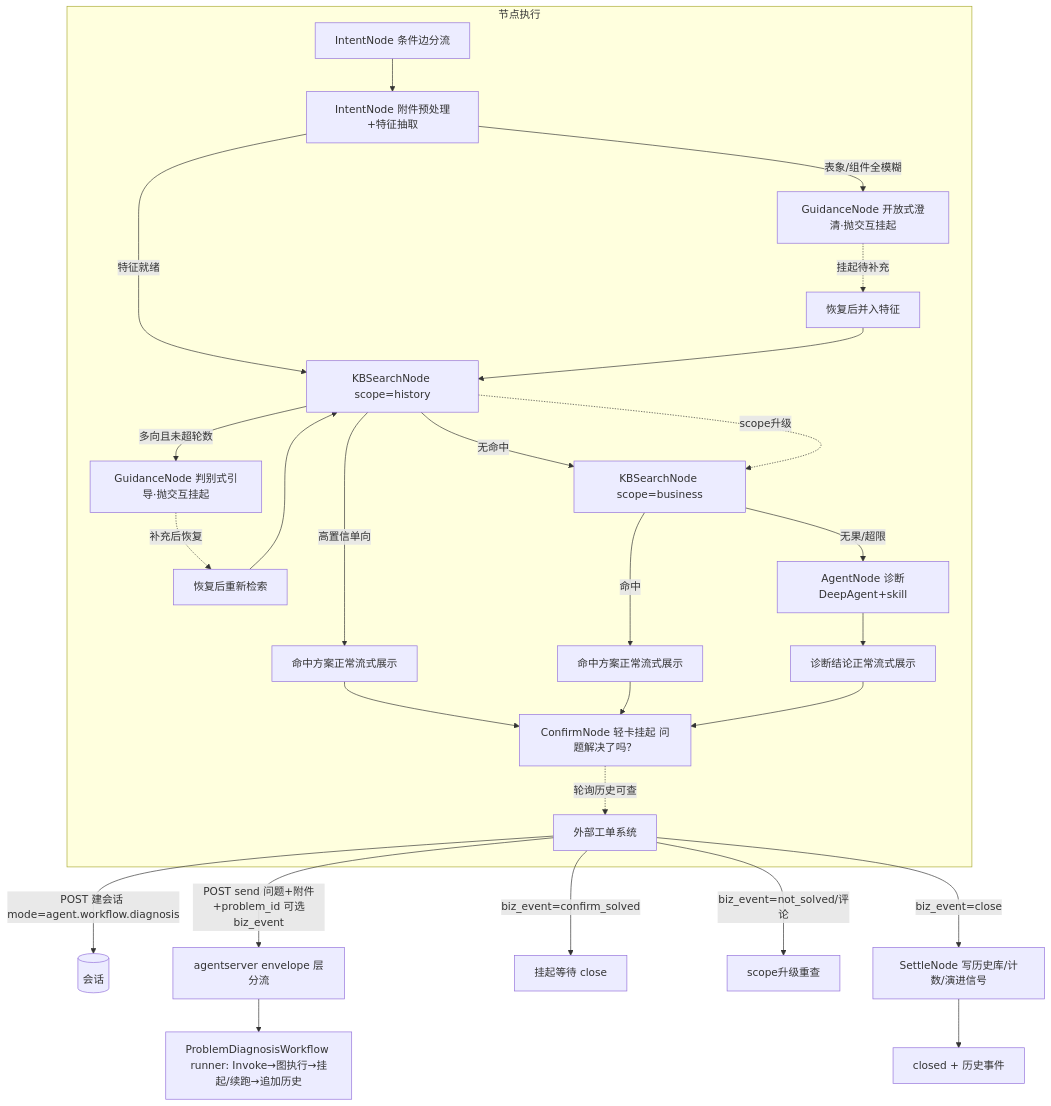
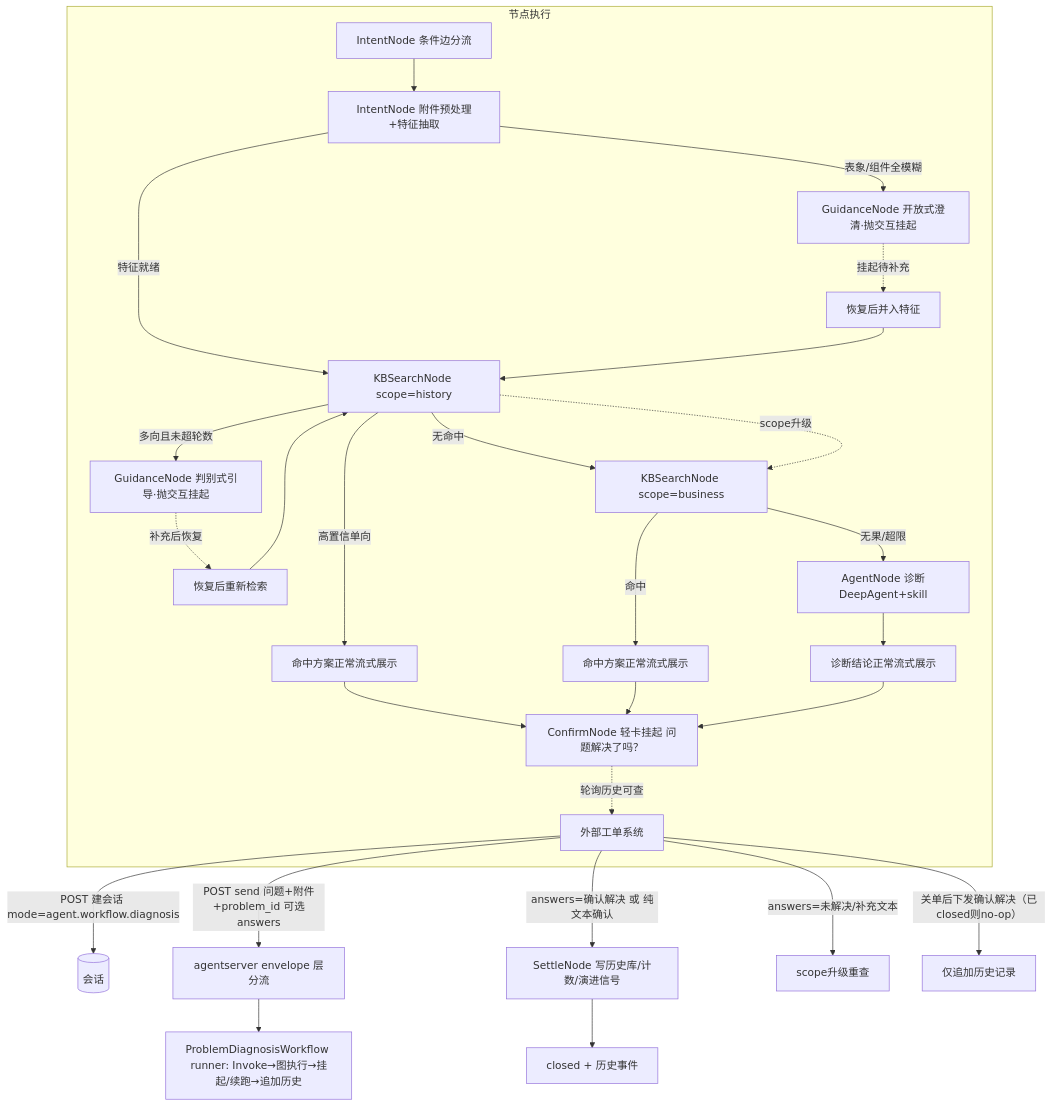
Before and after one commit to CrazyLichen/uapclaw-go: the diagram in docs/superpowers/specs/2026-11-26-ticket-workflow-design.md, drawn with Mermaid. The commit also changed other lines of this file, not shown here.

Commit message:
docs(spec): biz_event 整体删除——关闭终态改用户确认驱动（确认即沉淀无 close 等待态），工单系统仅消费历史+晚到确认下发走同一 answers 通道

````diff
--- a/docs/superpowers/specs/2026-11-26-ticket-workflow-design.md
+++ b/docs/superpowers/specs/2026-11-26-ticket-workflow-design.md
@@ -176,30 +176,30 @@
 ```mermaid
 flowchart TD
     EXT[外部工单系统] -->|POST 建会话 mode=agent.workflow.diagnosis| SES[(会话)]
-    EXT -->|POST send 问题+附件+problem_id 可选biz_event| AS[agentserver envelope 层分流]
+    EXT -->|POST send 问题+附件+problem_id 可选answers| AS[agentserver envelope 层分流]
     AS --> WF[ProblemDiagnosisWorkflow runner: Invoke→图执行→挂起/续跑→追加历史]
 
     subgraph 节点执行
         R[IntentNode 条件边分流] --> I[IntentNode 附件预处理+特征抽取]
         I -->|表象/组件全模糊| G1[GuidanceNode 开放式澄清·抛交互挂起]
         I -->|特征就绪| K[KBSearchNode scope=history]
         G1 -.挂起待补充.-> G1R[恢复后并入特征]
         G1R --> K
         K -->|高置信单向| WC1[命中方案正常流式展示]
         K -->|多向且未超轮数| G2[GuidanceNode 判别式引导·抛交互挂起]
         G2 -.补充后恢复.-> G2R[恢复后重新检索]
         G2R --> K
         K -->|无命中| K2[KBSearchNode scope=business]
         K -.scope升级.-> K2
         K2 -->|命中| WC2[命中方案正常流式展示]
         K2 -->|无果/超限| A[AgentNode 诊断DeepAgent+skill]
         A --> WC3[诊断结论正常流式展示]
         WC1 & WC2 & WC3 --> C[ConfirmNode 轻卡挂起 问题解决了吗？]
         C -.轮询历史可查.-> EXT
     end
 
-    EXT -->|biz_event=confirm_solved| PEND[挂起等待 close]
-    EXT -->|biz_event=not_solved/评论| UP[scope升级重查]
-    EXT -->|biz_event=close| S[SettleNode 写历史库/计数/演进信号]
+    EXT -->|answers=确认解决 或 纯文本确认| S[SettleNode 写历史库/计数/演进信号]
+    EXT -->|answers=未解决/补充文本| UP[scope升级重查]
+    EXT -->|关单后下发确认解决（已closed则no-op）| EXT2[仅追加历史记录]
     S --> CL[closed + 历史事件]
 ```
````
